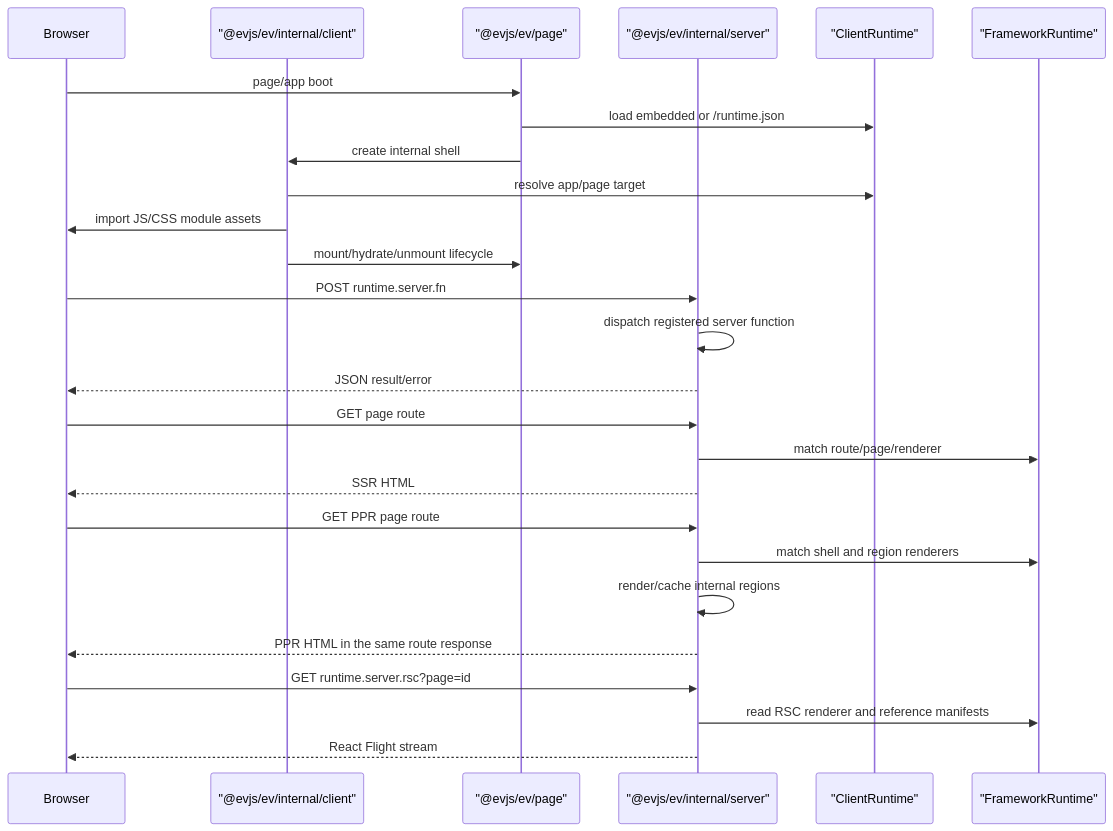
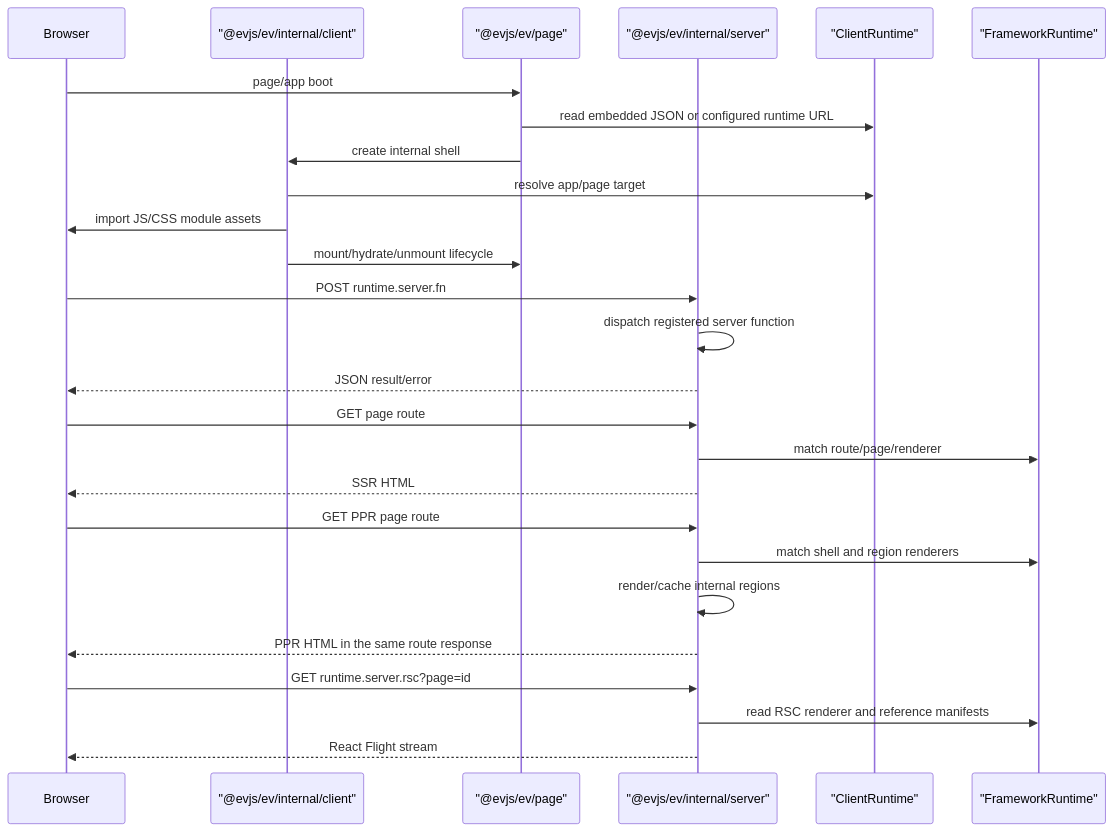
The second of 3 diagrams in docs/docs/architecture.md (binhanchen25-arch/evjs), drawn with Mermaid before and after one commit. The commit also changed other lines of this file and 82 other files, not shown here.

````diff
--- a/docs/docs/architecture.md
+++ b/docs/docs/architecture.md
@@ -191,33 +196,33 @@
 ```mermaid
 sequenceDiagram
   participant Browser
   participant Shell as "@evjs/ev/internal/client"
   participant Runtime as "@evjs/ev/page"
   participant Server as "@evjs/ev/internal/server"
   participant ClientRuntime as "ClientRuntime"
   participant FrameworkRuntime as "FrameworkRuntime"
 
   Browser->>Runtime: page/app boot
-  Runtime->>ClientRuntime: load embedded or /runtime.json
+  Runtime->>ClientRuntime: read embedded JSON or configured runtime URL
   Runtime->>Shell: create internal shell
   Shell->>ClientRuntime: resolve app/page target
   Shell->>Browser: import JS/CSS module assets
   Shell->>Runtime: mount/hydrate/unmount lifecycle
 
   Browser->>Server: POST runtime.server.fn
   Server->>Server: dispatch registered server function
   Server-->>Browser: JSON result/error
 
   Browser->>Server: GET page route
   Server->>FrameworkRuntime: match route/page/renderer
   Server-->>Browser: SSR HTML
 
   Browser->>Server: GET PPR page route
   Server->>FrameworkRuntime: match shell and region renderers
   Server->>Server: render/cache internal regions
   Server-->>Browser: PPR HTML in the same route response
 
   Browser->>Server: GET runtime.server.rsc?page=id
   Server->>FrameworkRuntime: read RSC renderer and reference manifests
   Server-->>Browser: React Flight stream
 ```
````
